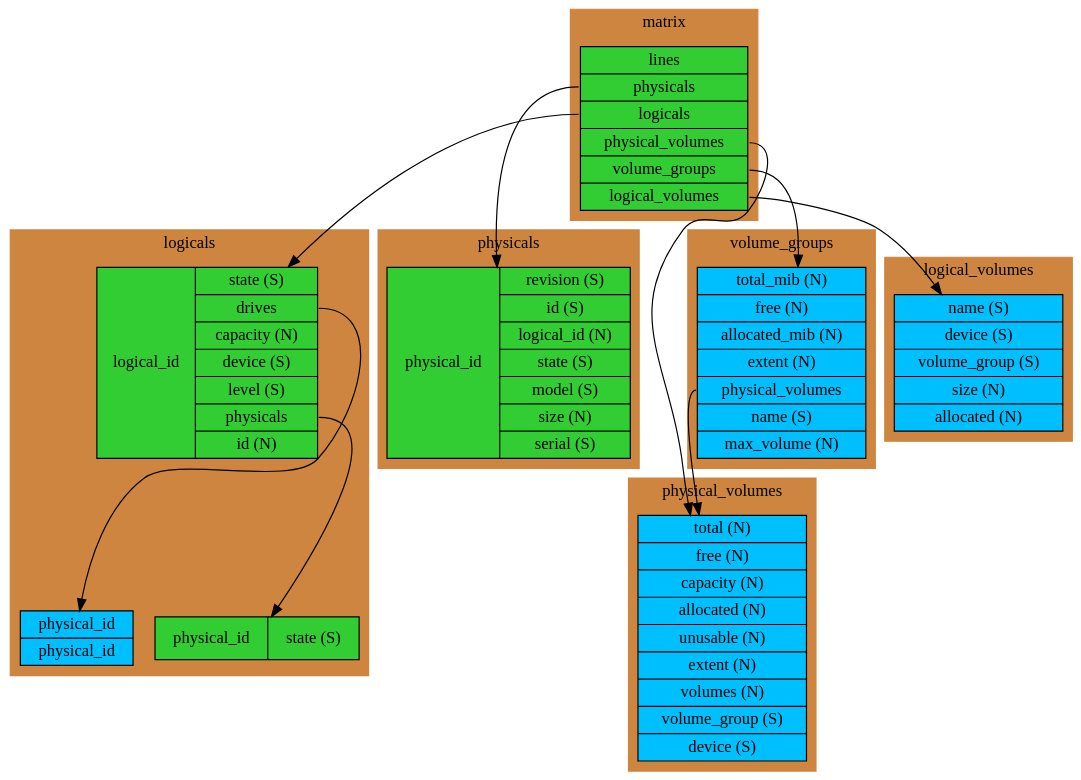
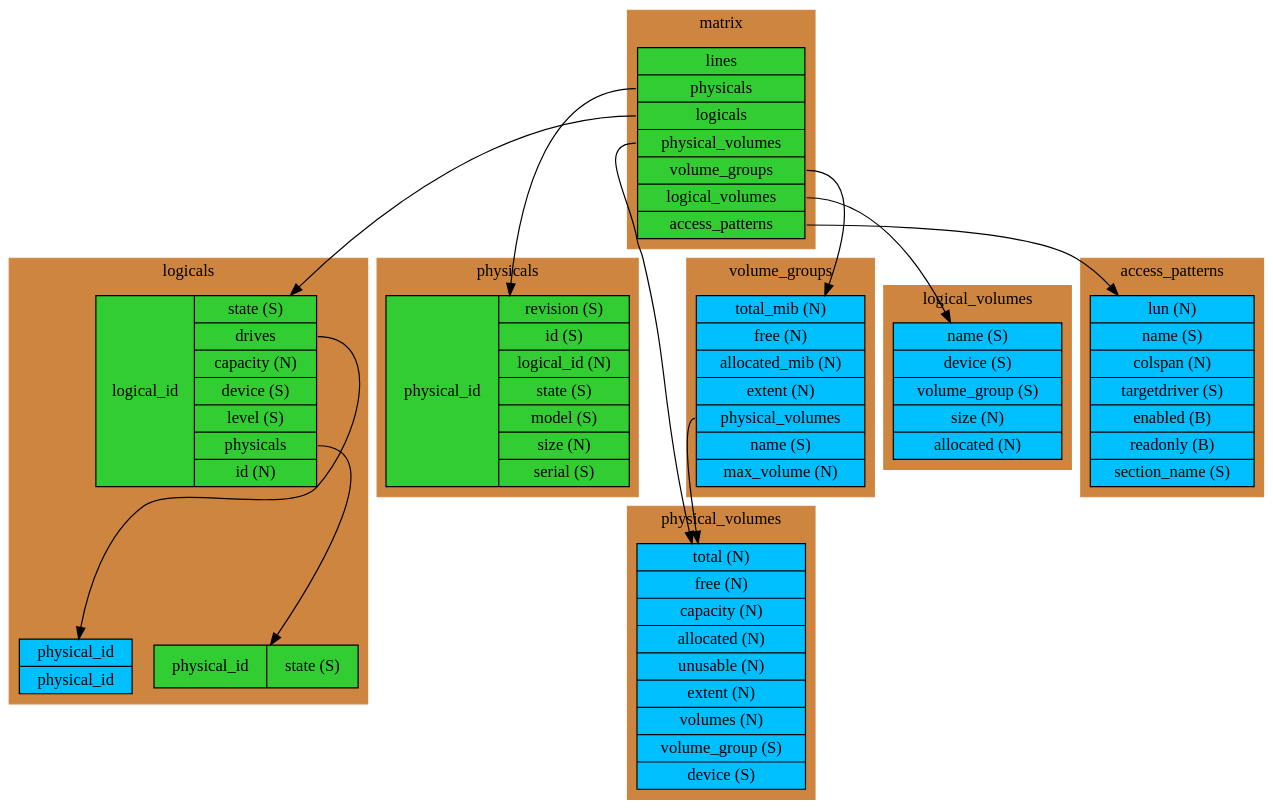
Before and after one commit to ETegro/OpenSAN: the diagram in docs/luci/description_matrix.dot, drawn with Graphviz.

Commit message:
Overall matrix describing scheme update Signed-off-by: Sergey Matveev <stargrave@stargrave.org>

```diff
--- a/docs/luci/description_matrix.dot
+++ b/docs/luci/description_matrix.dot
@@ -1,48 +1,55 @@
 digraph {
 	node [ shape = "record", style = "filled" ];
 	style = "filled";
 	color = "peru";
 	bgcolor = "transparent";
 
 	subgraph cluster_matrix {
 		label = "matrix";
 
-		node_matrix [ label = "{ <lines>lines | <physicals>physicals | <logicals>logicals | <physical_volumes>physical_volumes | <volume_groups>volume_groups | <logical_volumes>logical_volumes }", fillcolor = "limegreen" ];
+		node_matrix [ label = "{ <lines>lines | <physicals>physicals | <logicals>logicals | <physical_volumes>physical_volumes | <volume_groups>volume_groups | <logical_volumes>logical_volumes | <access_patterns>access_patterns }", fillcolor = "limegreen" ];
 	}
 	subgraph cluster_logicals {
 		label = "logicals";
 
 		node_logicals [ label = "logical_id | { state (S) | <drives>drives | capacity (N) | device (S) | level (S) | <physicals>physicals | id (N) }", fillcolor = "limegreen" ];
 		node_logicals_drives [ label = "{ physical_id | physical_id }", fillcolor = "deepskyblue" ];
 		node_logicals_physicals [ label = "physical_id | state (S)", fillcolor = "limegreen" ];
 		node_logicals:drives -> node_logicals_drives;
 		node_logicals:physicals -> node_logicals_physicals;
 	}
 	subgraph cluster_physicals {
 		label = "physicals";
 
 		node_physicals [ label = "physical_id | { revision (S) | id (S) | logical_id (N) | state (S) | model (S) | size (N) | serial (S) }", fillcolor = "limegreen" ];
 	}
 	subgraph cluster_physical_volumes {
 		label = "physical_volumes";
 
 		node_physical_volumes [ label = "{ total (N) | free (N) | capacity (N) | allocated (N) | unusable (N) | extent (N) | volumes (N) | volume_group (S) | device (S) }", fillcolor = "deepskyblue" ];
 	}
 	subgraph cluster_volume_groups {
 		label = "volume_groups";
 
 		node_volume_groups [ label = "{ total_mib (N) | free (N) | allocated_mib (N) | extent (N) | <physical_volumes>physical_volumes | name (S) | max_volume (N) }", fillcolor = "deepskyblue" ];
 		node_volume_groups:physical_volumes -> node_physical_volumes;
 	}
 	subgraph cluster_logical_volumes {
 		label = "logical_volumes";
 
 		node_logical_volumes [ label = "{ name (S) | device (S) | volume_group (S) | size (N) | allocated (N) }", fillcolor = "deepskyblue" ];
 	}
 
+	subgraph cluster_access_patterns {
+		label = "access_patterns";
+
+		node_access_patterns [ label = "{ lun (N) | name (S) | colspan (N) | targetdriver (S) | enabled (B) | readonly (B) | section_name (S) }", fillcolor = "deepskyblue" ];
+	}
+
 	node_matrix:logicals -> node_logicals;
 	node_matrix:physicals -> node_physicals;
 	node_matrix:physical_volumes -> node_physical_volumes;
 	node_matrix:volume_groups -> node_volume_groups;
 	node_matrix:logical_volumes -> node_logical_volumes;
+	node_matrix:access_patterns -> node_access_patterns;
 }
```
